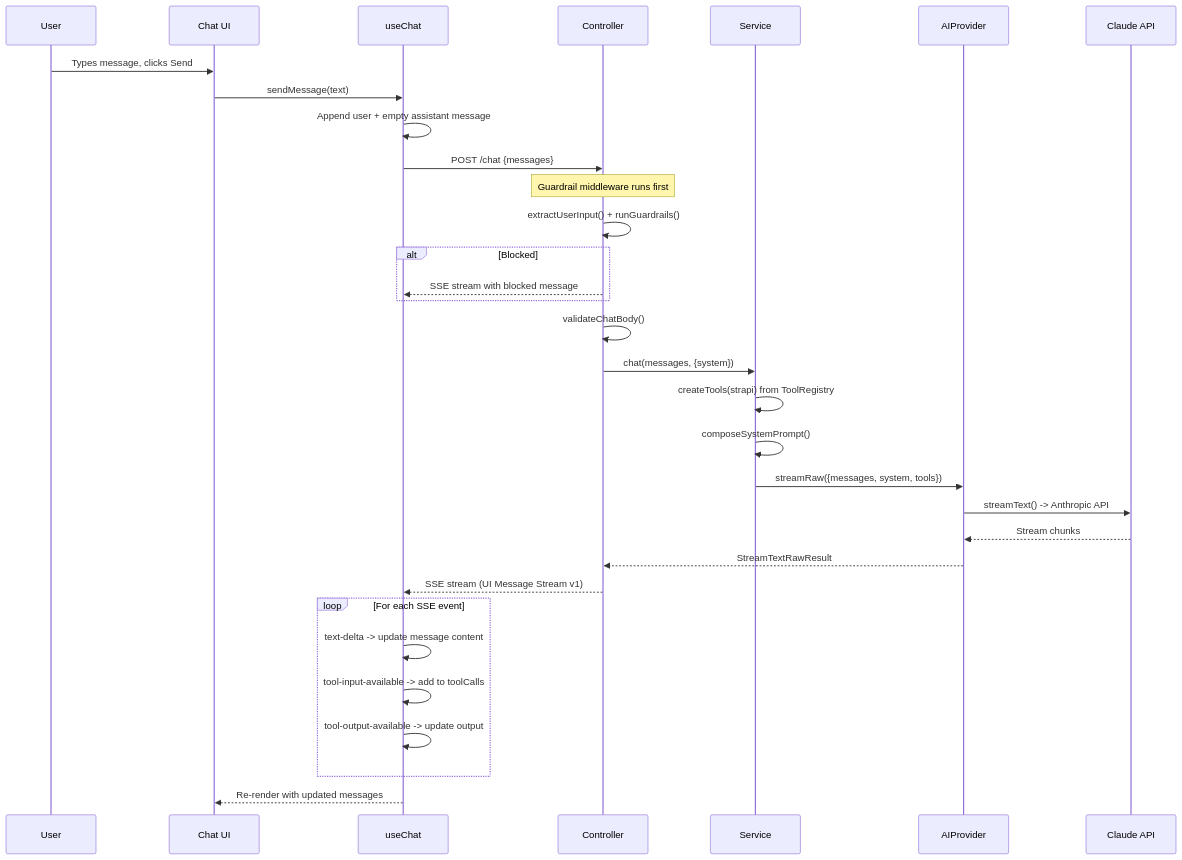
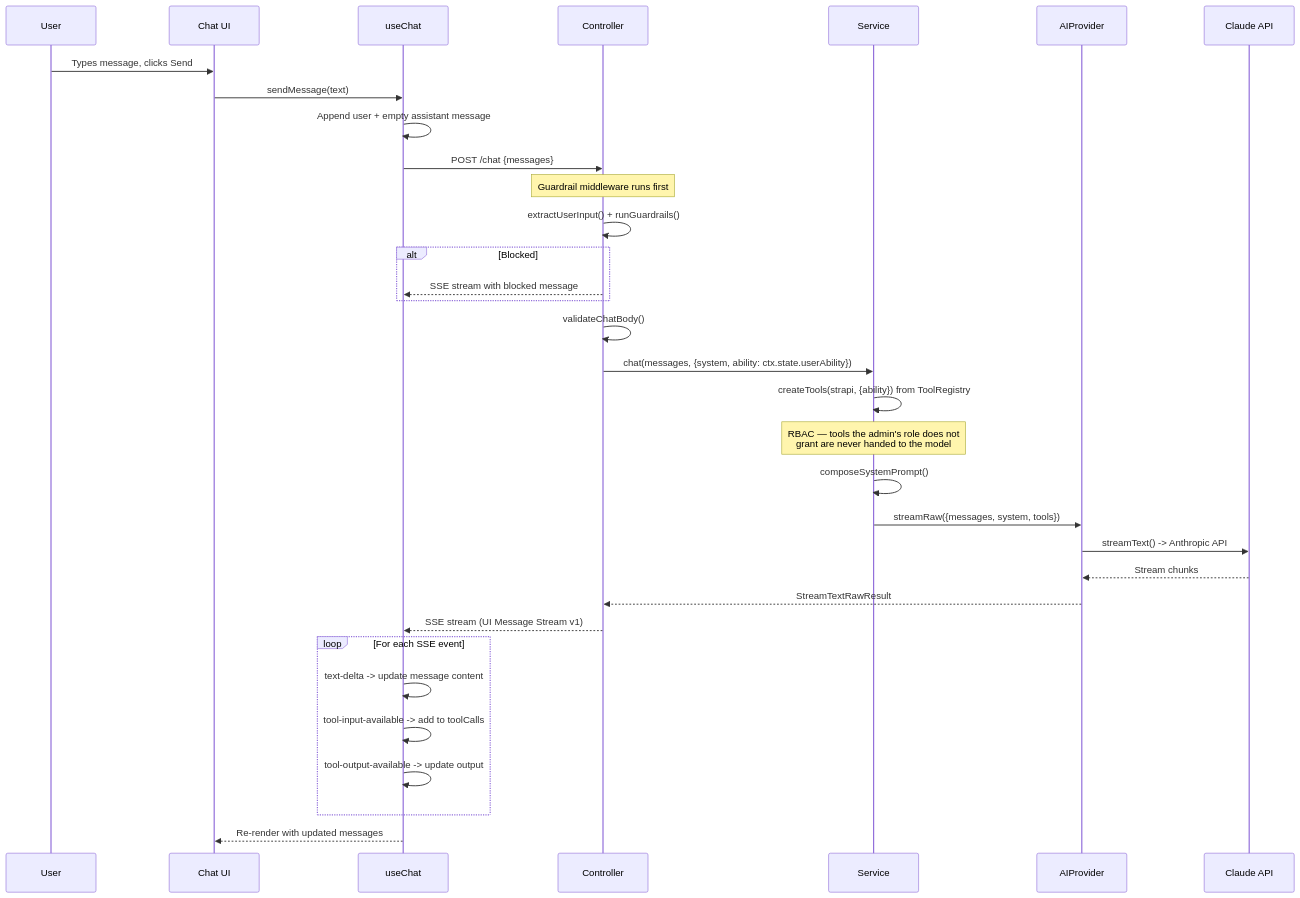
Before and after one commit to PaulBratslavsky/strapi-plugin-ai-chat: diagram 17 of 20 in docs/architecture.md, drawn with Mermaid. The commit also changed other lines of this file and 32 other files, not shown here.

First line of the commit message:
feat: per-tool permissions, RBAC-gated chat, BYO model support

````diff
--- a/docs/architecture.md
+++ b/docs/architecture.md
@@ -845,39 +935,40 @@
 ```mermaid
 sequenceDiagram
     participant User
     participant ChatUI as Chat UI
     participant useChat
     participant Controller
     participant Service
     participant AIProvider
     participant Claude as Claude API
 
     User->>ChatUI: Types message, clicks Send
     ChatUI->>useChat: sendMessage(text)
     useChat->>useChat: Append user + empty assistant message
     useChat->>Controller: POST /chat {messages}
 
     Note over Controller: Guardrail middleware runs first
     Controller->>Controller: extractUserInput() + runGuardrails()
     alt Blocked
         Controller-->>useChat: SSE stream with blocked message
     end
 
     Controller->>Controller: validateChatBody()
-    Controller->>Service: chat(messages, {system})
-    Service->>Service: createTools(strapi) from ToolRegistry
+    Controller->>Service: chat(messages, {system, ability: ctx.state.userAbility})
+    Service->>Service: createTools(strapi, {ability}) from ToolRegistry
+    Note over Service: RBAC — tools the admin's role does not<br/>grant are never handed to the model
     Service->>Service: composeSystemPrompt()
     Service->>AIProvider: streamRaw({messages, system, tools})
     AIProvider->>Claude: streamText() -> Anthropic API
     Claude-->>AIProvider: Stream chunks
     AIProvider-->>Controller: StreamTextRawResult
     Controller-->>useChat: SSE stream (UI Message Stream v1)
 
     loop For each SSE event
         useChat->>useChat: text-delta -> update message content
         useChat->>useChat: tool-input-available -> add to toolCalls
         useChat->>useChat: tool-output-available -> update output
     end
 
     useChat-->>ChatUI: Re-render with updated messages
 ```
````
